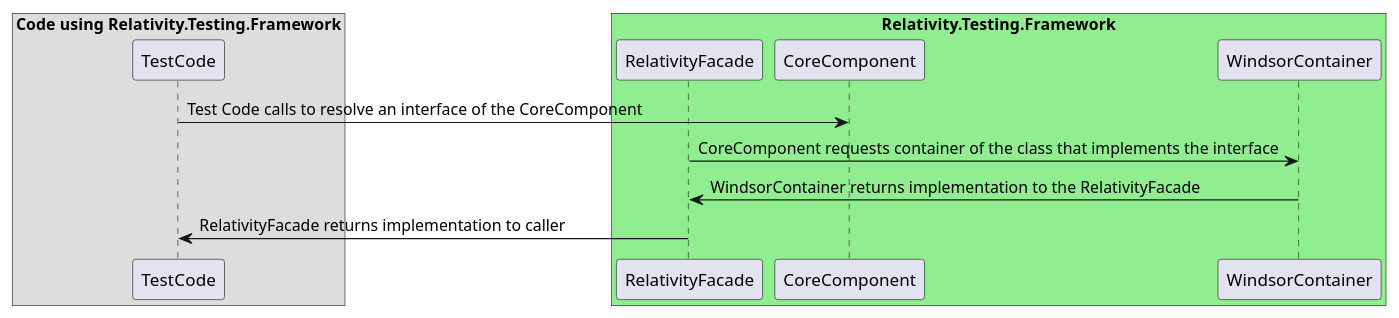
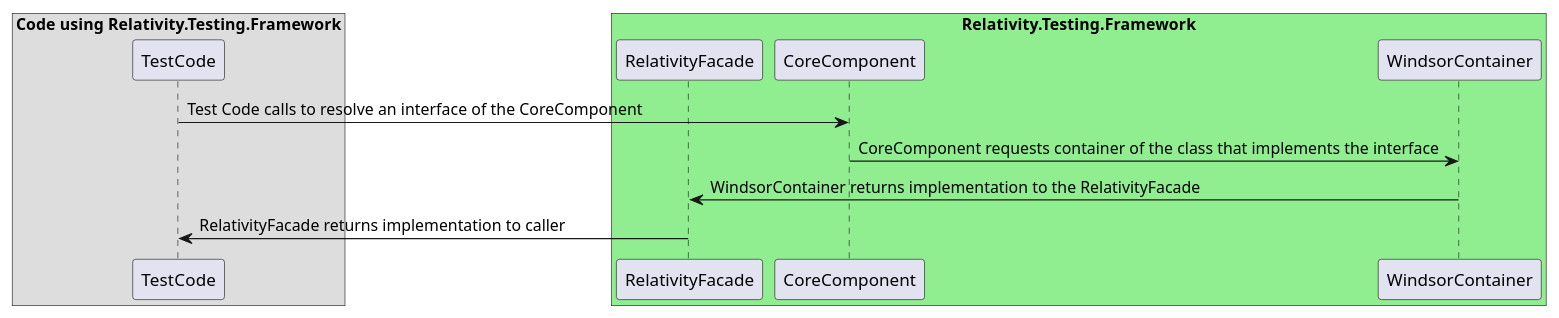
Before and after one commit to relativitydev/relativity.testing.framework: the diagram in docs/dev/SequenceDiagrams/UMLFiles/RegisteredServices.iuml, drawn with PlantUML.

Commit message:
TESTENG-1465: move request from RF to core component

```diff
--- a/docs/dev/SequenceDiagrams/UMLFiles/RegisteredServices.iuml
+++ b/docs/dev/SequenceDiagrams/UMLFiles/RegisteredServices.iuml
@@ -1,18 +1,18 @@
 @startuml Relativity.Testing.Framework RegisteredServices Sequence Diagram
 
 box "Code using Relativity.Testing.Framework"
 participant "TestCode"
 end box
 
 box "Relativity.Testing.Framework" #LightGreen
 participant "RelativityFacade"
 participant "CoreComponent"
 participant "WindsorContainer"
 end box
 
 "TestCode" -> "CoreComponent" : Test Code calls to resolve an interface of the CoreComponent
-"RelativityFacade" -> "WindsorContainer" : CoreComponent requests container of the class that implements the interface
+"CoreComponent" -> "WindsorContainer" : CoreComponent requests container of the class that implements the interface
 "WindsorContainer" -> "RelativityFacade" : WindsorContainer returns implementation to the RelativityFacade
 "TestCode" <- "RelativityFacade" : RelativityFacade returns implementation to caller
 
 @enduml
```
